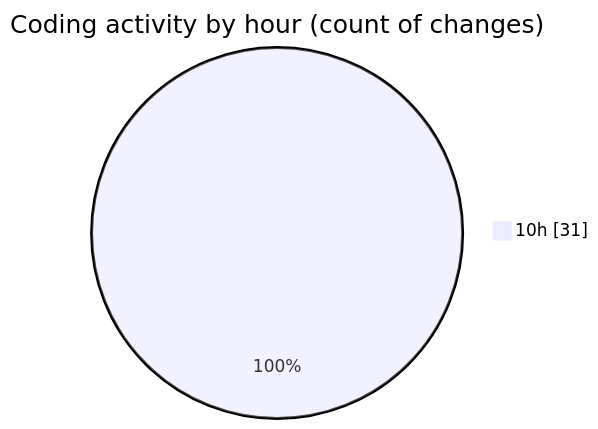
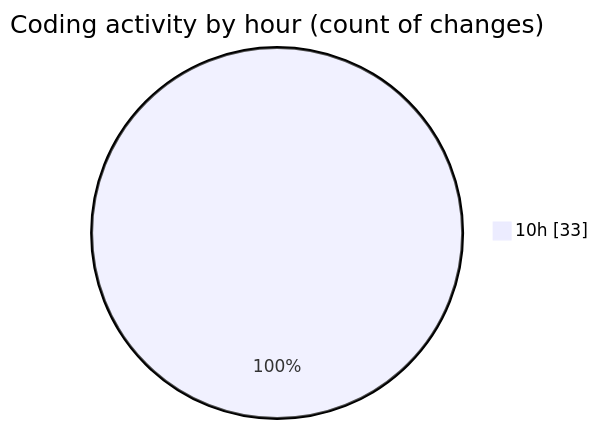
One commit to nxtqubesakshisongat/code-tracking changed the second of 2 diagrams in 2025-08-04/nxtqube_webapp/README.md. Above: the diagram before and after it, drawn with Mermaid. The commit also changed other lines of this file and 1 other file, not shown here.

````diff
--- a/2025-08-04/nxtqube_webapp/README.md
+++ b/2025-08-04/nxtqube_webapp/README.md
@@ -32,5 +32,5 @@
 ```mermaid
 pie showData
 title Coding activity by hour (count of changes)
-"10h" : 31
+"10h" : 33
 ```
````
